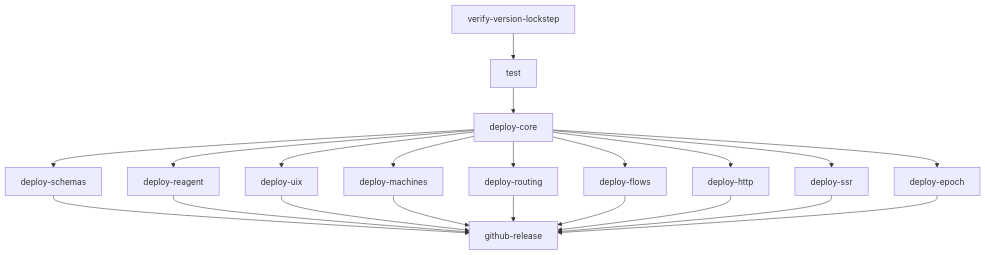
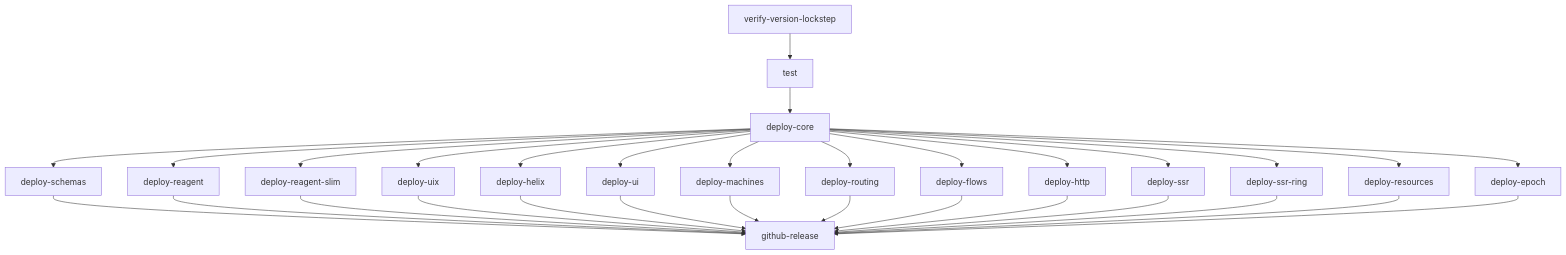
One commit to day8/re-frame2 changed the diagram in docs/release-process.md. Above: the diagram before and after it, drawn with Mermaid. The commit also changed other lines of this file and 5 other files, not shown here.

````diff
--- a/docs/release-process.md
+++ b/docs/release-process.md
@@ -45,23 +45,33 @@
 ```mermaid
 graph TD
   V[verify-version-lockstep] --> T[test]
   T --> C[deploy-core]
   C --> S[deploy-schemas]
   C --> R[deploy-reagent]
+  C --> RS[deploy-reagent-slim]
   C --> U[deploy-uix]
+  C --> HX[deploy-helix]
+  C --> UI[deploy-ui]
   C --> M[deploy-machines]
   C --> RT[deploy-routing]
   C --> F[deploy-flows]
   C --> H[deploy-http]
   C --> SS[deploy-ssr]
+  C --> SR[deploy-ssr-ring]
+  C --> RES[deploy-resources]
   C --> E[deploy-epoch]
   S --> GR[github-release]
   R --> GR
+  RS --> GR
   U --> GR
+  HX --> GR
+  UI --> GR
   M --> GR
   RT --> GR
   F --> GR
   H --> GR
   SS --> GR
+  SR --> GR
+  RES --> GR
   E --> GR
 ```
````
